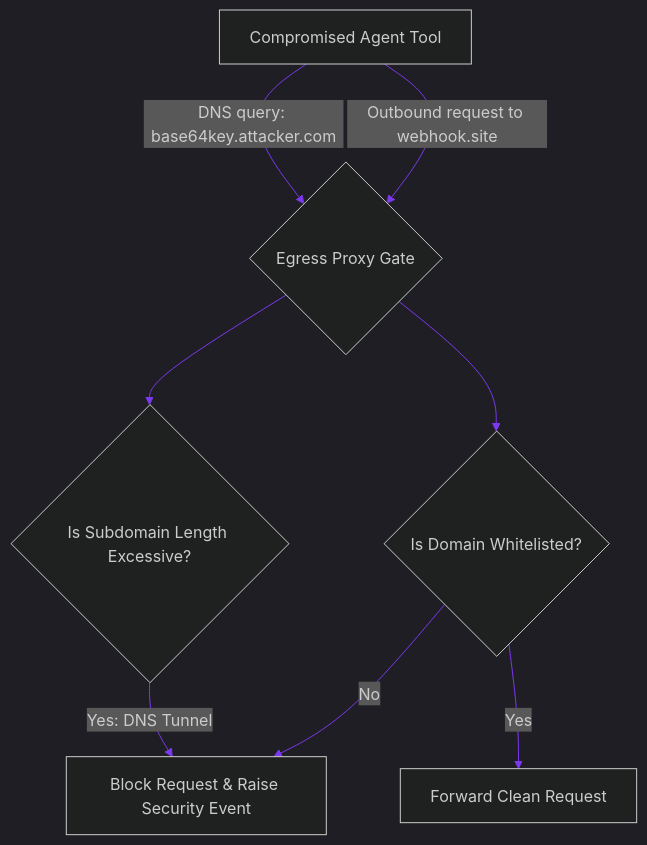
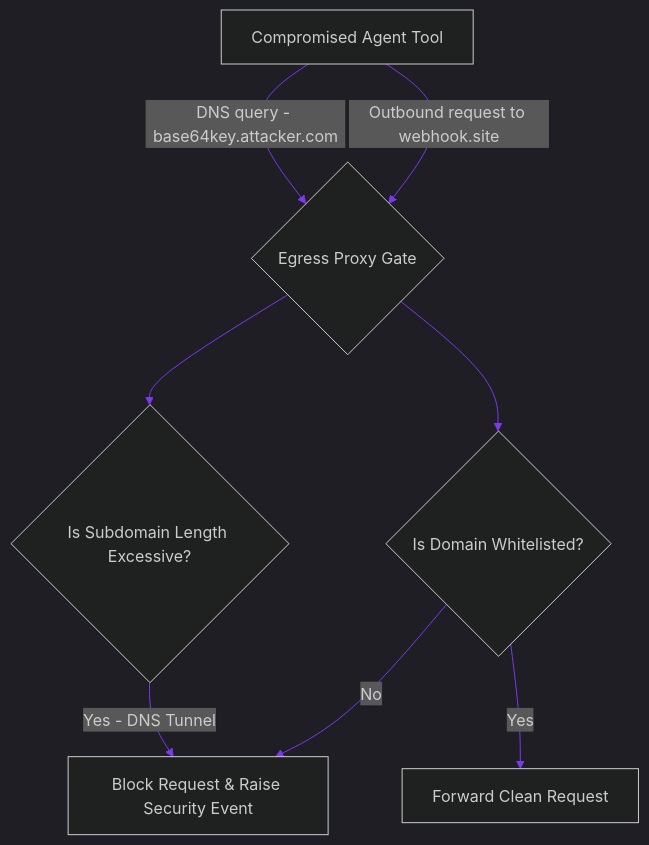
Before and after one commit to akmalkhaniub/akmalkhaniub.github.io: the diagram in blog/posts/security-data-exfiltration-dns-tunnels-egress-gateways.md, drawn with Mermaid. The commit also changed 411 other files, not shown here.

````diff
--- a/blog/posts/security-data-exfiltration-dns-tunnels-egress-gateways.md
+++ b/blog/posts/security-data-exfiltration-dns-tunnels-egress-gateways.md
@@ -16,14 +16,14 @@
 ```mermaid
 %%{init: {'theme': 'dark', 'themeVariables': { 'primaryColor': '#7c3aed', 'primaryTextColor': '#f3f4f6', 'primaryBorderColor': '#a78bfa', 'lineColor': '#7c3aed', 'secondaryColor': '#111827', 'tertiaryColor': '#0b0f19'}}}%%
 flowchart TD
     Agent[Compromised Agent Tool] -->|Outbound request to webhook.site| Proxy{Egress Proxy Gate}
-    Agent -->|DNS query: base64key.attacker.com| Proxy
+    Agent -->|DNS query - base64key.attacker.com| Proxy
     
     Proxy --> DomainCheck{Is Domain Whitelisted?}
     Proxy --> PayloadCheck{Is Subdomain Length Excessive?}
     
     DomainCheck -->|No| Block[Block Request & Raise Security Event]
-    PayloadCheck -->|Yes: DNS Tunnel| Block
+    PayloadCheck -->|Yes - DNS Tunnel| Block
     
     DomainCheck -->|Yes| Route[Forward Clean Request]
 ```
````
